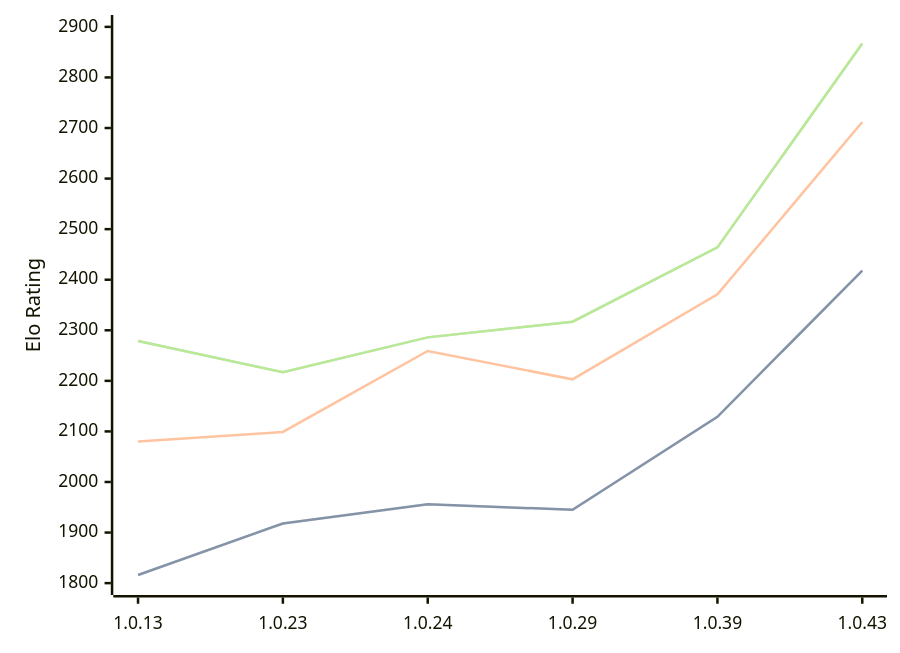
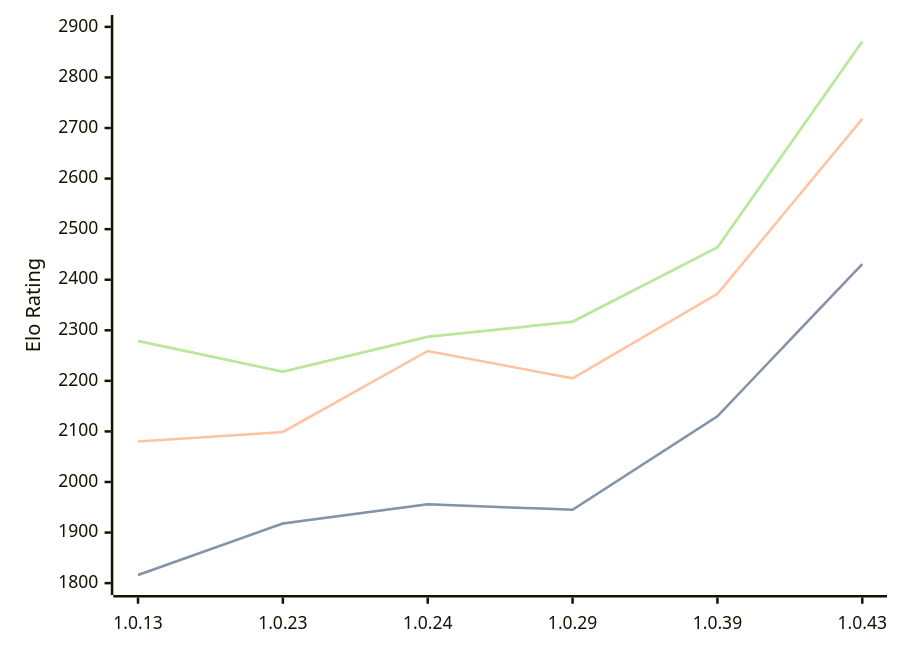
The diagram in engines/RustyRival.md (computer-chess-index/cci), drawn with Mermaid before and after one commit. The commit also changed other lines of this file, not shown here.

Commit message:
Update CCI Ratings (ELO VLTC) - 2026-05-06

````diff
--- a/engines/RustyRival.md
+++ b/engines/RustyRival.md
@@ -68,11 +68,11 @@
 ```mermaid
 %%{init: {"theme":"base","themeVariables":{"seriesColors:['#a3a3a3','#222221','#faa371']}}}%%
 xychart-beta
   x-axis ["1.0.13", "1.0.23", "1.0.24", "1.0.29", "1.0.39", "1.0.43"]
   y-axis "Elo Rating" 1800 --> 2900
-  line "STC (8.0+0.08s)" [1816, 1918, 1956, 1945, 2129, 2418]
-  line "STC (8.0+0.08s)" [1816, 1918, 1956, 1945, 2129, 2418]
-  line "LTC (60.0+0.60s)" [2080, 2099, 2259, 2203, 2371, 2712]
-  line "VLTC (2m24s+1.12s)" [2279, 2217, 2286, 2317, 2464, 2867]
-  line "VLTC (2m24s+1.12s)" [2279, 2217, 2286, 2317, 2464, 2867]
+  line "STC (8.0+0.08s)" [1816, 1918, 1956, 1945, 2130, 2431]
+  line "STC (8.0+0.08s)" [1816, 1918, 1956, 1945, 2130, 2431]
+  line "LTC (60.0+0.60s)" [2080, 2099, 2259, 2205, 2372, 2718]
+  line "VLTC (2m24s+1.12s)" [2279, 2218, 2287, 2317, 2464, 2871]
+  line "VLTC (2m24s+1.12s)" [2279, 2218, 2287, 2317, 2464, 2871]
 ```
````
